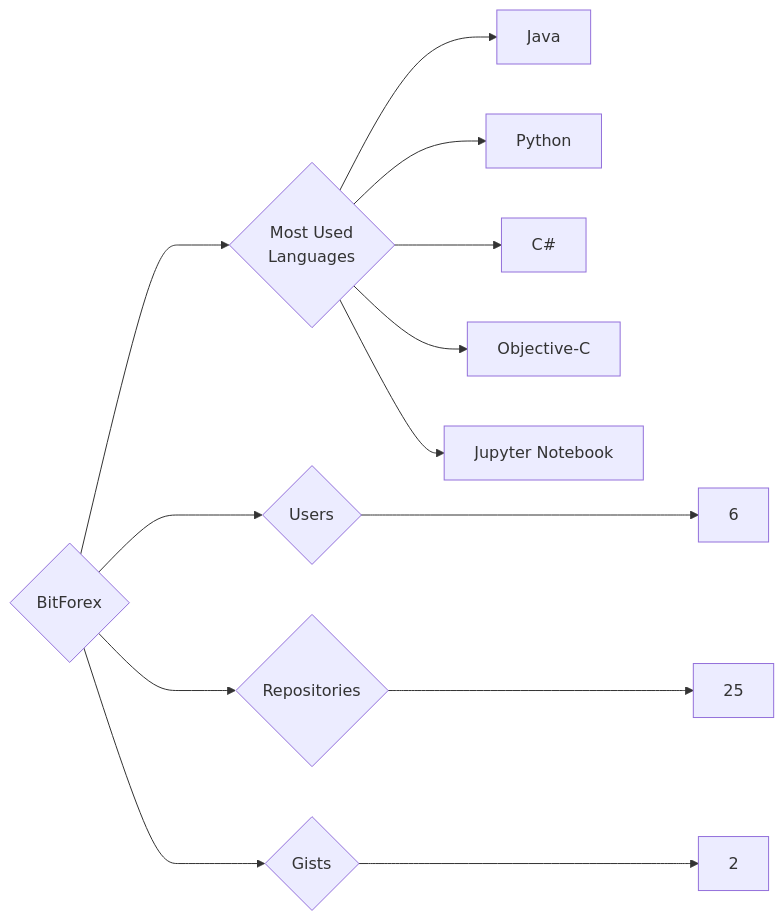
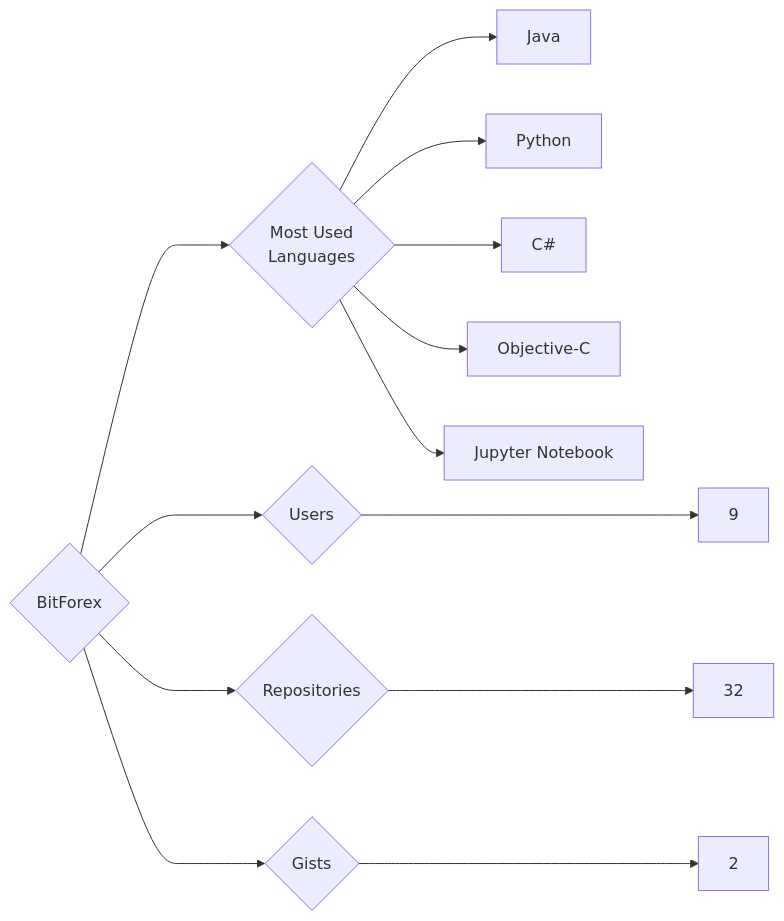
Before and after one commit to trickest/insiders: the diagram in targets/BitForex/README.md, drawn with Mermaid. The commit also changed 934 other files, not shown here.

````diff
--- a/targets/BitForex/README.md
+++ b/targets/BitForex/README.md
@@ -3,13 +3,13 @@
 ```mermaid
 graph LR
 COMPANY_NAME{BitForex}
-COMPANY_NAME ---> U{Users} ---> UN[6]
-COMPANY_NAME ---> R{Repositories} ---> RN[25]
+COMPANY_NAME ---> U{Users} ---> UN[9]
+COMPANY_NAME ---> R{Repositories} ---> RN[32]
 COMPANY_NAME ---> G{Gists} ---> GN[2]
 COMPANY_NAME ---> ML{Most Used<br>Languages}
 ML --> Java[Java]
 ML --> Python[Python]
 ML --> C#[C#]
 ML --> Objective-C[Objective-C]
 ML --> Jupyter_Notebook[Jupyter Notebook]
 ```
````
